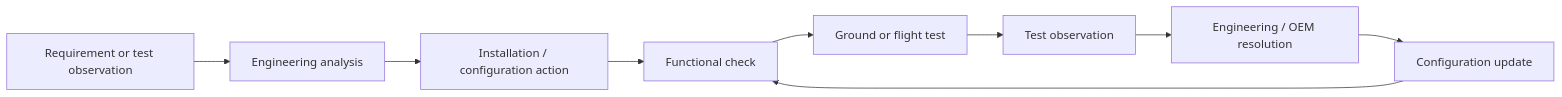
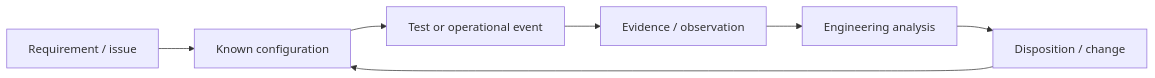
The diagram in docs/verification-and-flight-test.md (razaumair2203-ux/Super-Mushshak-Glass-Cockpit-Modification), drawn with Mermaid before and after one commit. The commit also changed other lines of this file and 24 other files, not shown here.

````diff
--- a/docs/verification-and-flight-test.md
+++ b/docs/verification-and-flight-test.md
@@ -43,11 +50,9 @@
-```mermaid
+~~~mermaid
 flowchart LR
-    A[Requirement or test observation] --> B[Engineering analysis]
-    B --> C[Installation / configuration action]
-    C --> D[Functional check]
-    D --> E[Ground or flight test]
-    E --> F[Test observation]
-    F --> G[Engineering / OEM resolution]
-    G --> H[Configuration update]
-    H --> D
-```
+    R[Requirement / issue] --> C[Known configuration]
+    C --> T[Test or operational event]
+    T --> E[Evidence / observation]
+    E --> A[Engineering analysis]
+    A --> D[Disposition / change]
+    D --> C
+~~~
````
